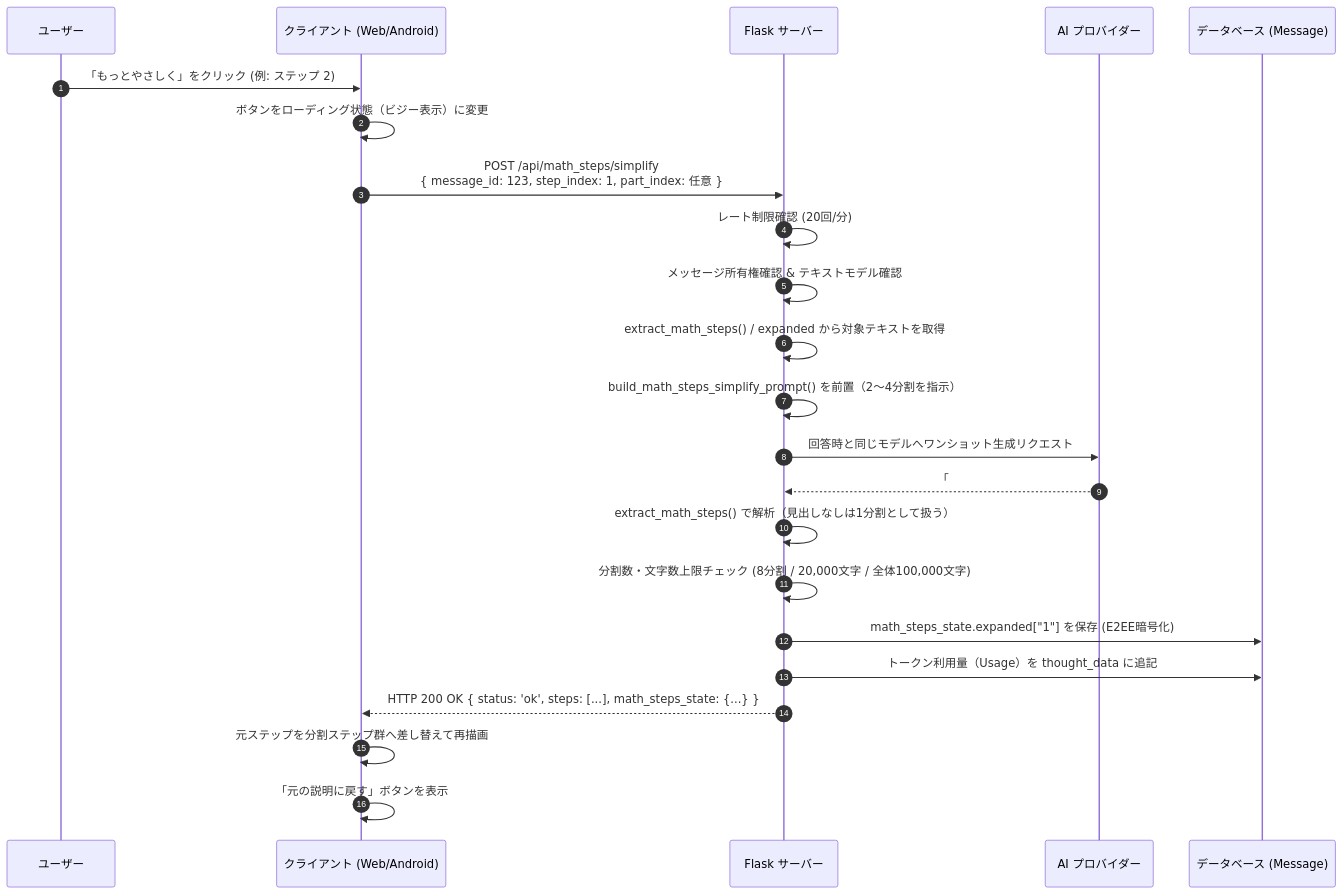
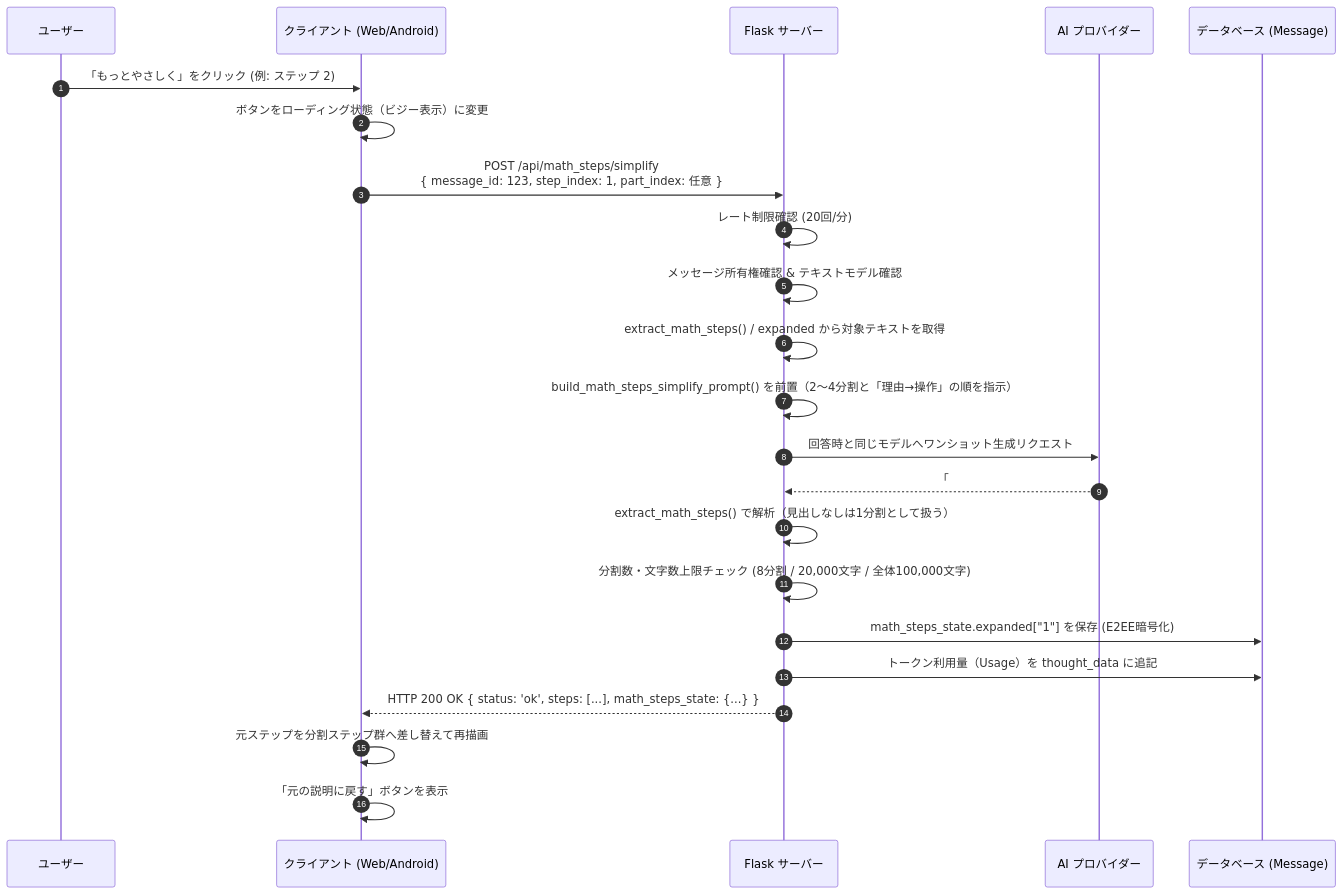
The fourth of 4 diagrams in static/docs/math_steps/architecture.md (Minashin1120/ai-playground), drawn with Mermaid before and after one commit. The commit also changed other lines of this file and 35 other files, not shown here.

Commit message:
Make もっとやさしく math steps explain why each operation is done and remove the separate explain button

````diff
--- a/static/docs/math_steps/architecture.md
+++ b/static/docs/math_steps/architecture.md
@@ -121,26 +121,26 @@
 ```mermaid
 sequenceDiagram
     autonumber
     participant U as ユーザー
     participant C as クライアント (Web/Android)
     participant S as Flask サーバー
     participant P as AI プロバイダー
     participant D as データベース (Message)
 
     U->>C: 「もっとやさしく」をクリック (例: ステップ 2)
     C->>C: ボタンをローディング状態（ビジー表示）に変更
     C->>S: POST /api/math_steps/simplify<br>{ message_id: 123, step_index: 1, part_index: 任意 }
     S->>S: レート制限確認 (20回/分)
     S->>S: メッセージ所有権確認 & テキストモデル確認
     S->>S: extract_math_steps() / expanded から対象テキストを取得
-    S->>S: build_math_steps_simplify_prompt() を前置（2〜4分割を指示）
+    S->>S: build_math_steps_simplify_prompt() を前置（2〜4分割と「理由→操作」の順を指示）
     S->>P: 回答時と同じモデルへワンショット生成リクエスト
     P-->>S: 「## ステップ N ...」形式のやさしい複数ステップ
     S->>S: extract_math_steps() で解析（見出しなしは1分割として扱う）
     S->>S: 分割数・文字数上限チェック (8分割 / 20,000文字 / 全体100,000文字)
     S->>D: math_steps_state.expanded["1"] を保存 (E2EE暗号化)
     S->>D: トークン利用量（Usage）を thought_data に追記
     S-->>C: HTTP 200 OK { status: 'ok', steps: [...], math_steps_state: {...} }
     C->>C: 元ステップを分割ステップ群へ差し替えて再描画
     C->>C: 「元の説明に戻す」ボタンを表示
 ```
````
